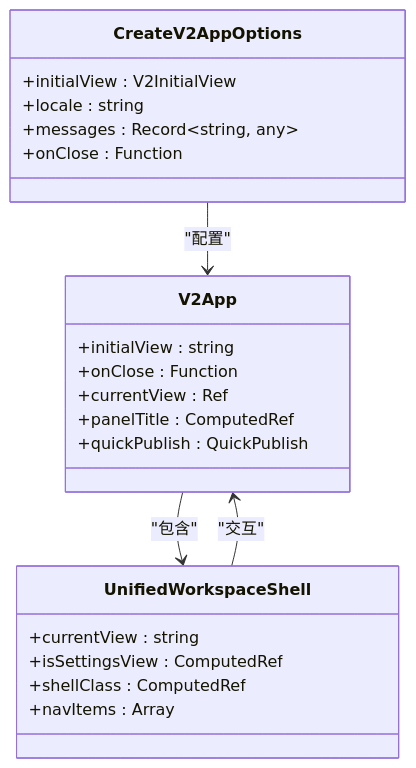
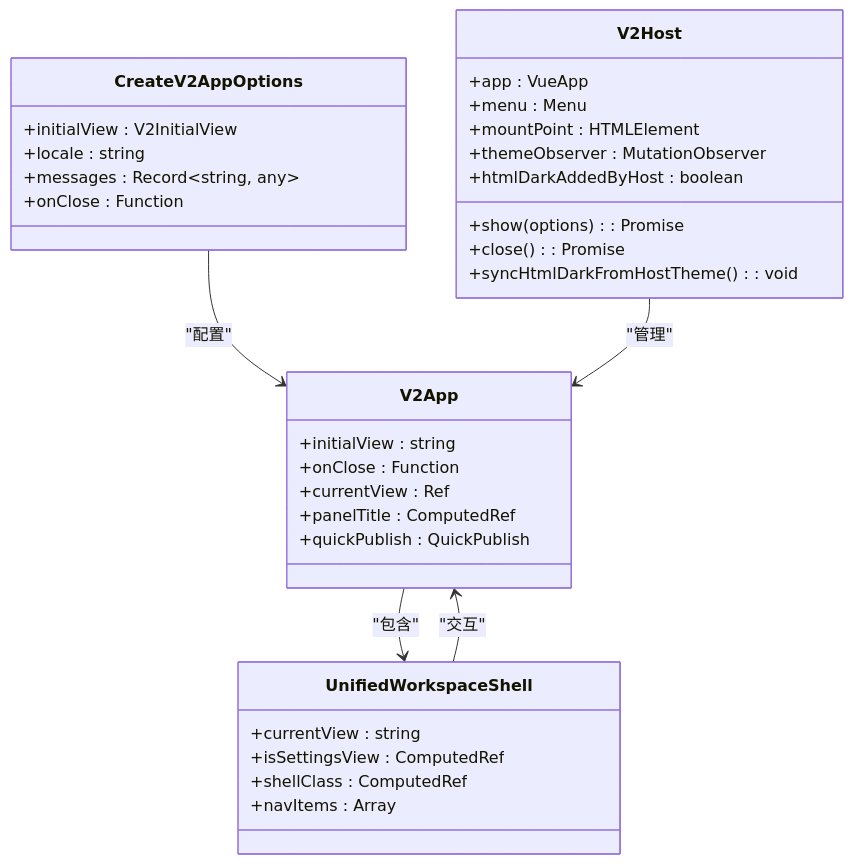
The second of 13 diagrams in .qoder/repowiki/zh/content/用户界面组件/UI V2 设计原则.md (terwer/siyuan-plugin-publisher), drawn with Mermaid before and after one commit. The commit also changed other lines of this file and 19 other files, not shown here.

````diff
--- a/.qoder/repowiki/zh/content/用户界面组件/UI V2 设计原则.md
+++ b/.qoder/repowiki/zh/content/用户界面组件/UI V2 设计原则.md
@@ -102,25 +121,36 @@
 ```mermaid
 classDiagram
 class CreateV2AppOptions {
 +initialView : V2InitialView
 +locale : string
 +messages : Record~string, any~
 +onClose : Function
 }
 class V2App {
 +initialView : string
 +onClose : Function
 +currentView : Ref
 +panelTitle : ComputedRef
 +quickPublish : QuickPublish
 }
+class V2Host {
++app : VueApp
++menu : Menu
++mountPoint : HTMLElement
++themeObserver : MutationObserver
++htmlDarkAddedByHost : boolean
++show(options) : Promise
++close() : Promise
++syncHtmlDarkFromHostTheme() : void
+}
 class UnifiedWorkspaceShell {
 +currentView : string
 +isSettingsView : ComputedRef
 +shellClass : ComputedRef
 +navItems : Array
 }
 CreateV2AppOptions --> V2App : "配置"
+V2Host --> V2App : "管理"
 V2App --> UnifiedWorkspaceShell : "包含"
 UnifiedWorkspaceShell --> V2App : "交互"
 ```
````
